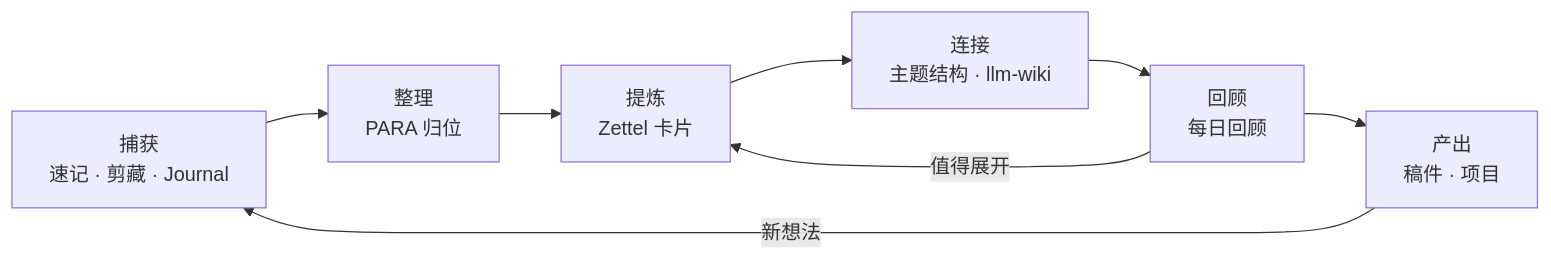
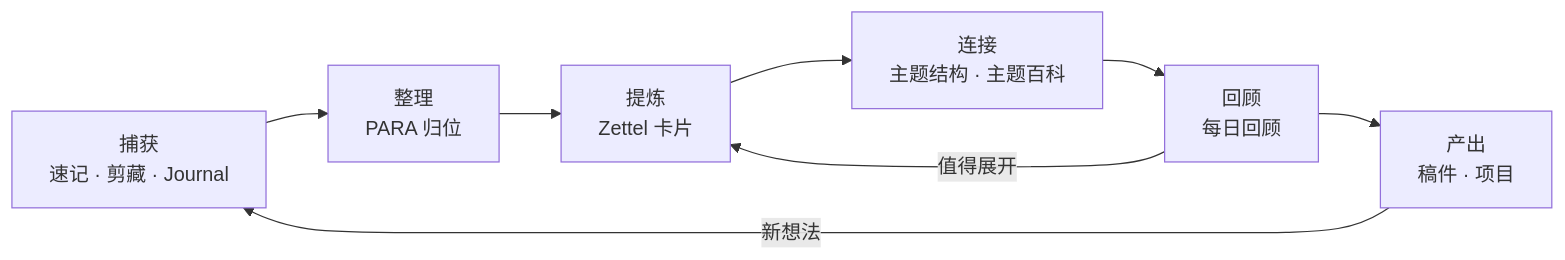
The diagram in docs/POSITIONING.md (tangwz/tangrow), drawn with Mermaid before and after one commit. The commit also changed other lines of this file and 4 other files, not shown here.

````diff
--- a/docs/POSITIONING.md
+++ b/docs/POSITIONING.md
@@ -22,10 +24,10 @@
 ```mermaid
 flowchart LR
   C[捕获<br/>速记 · 剪藏 · Journal] --> O[整理<br/>PARA 归位]
   O --> D[提炼<br/>Zettel 卡片]
-  D --> L[连接<br/>主题结构 · llm-wiki]
+  D --> L[连接<br/>主题结构 · 主题百科]
   L --> R[回顾<br/>每日回顾]
   R --> P[产出<br/>稿件 · 项目]
   P -->|新想法| C
   R -->|值得展开| D
 ```
````
